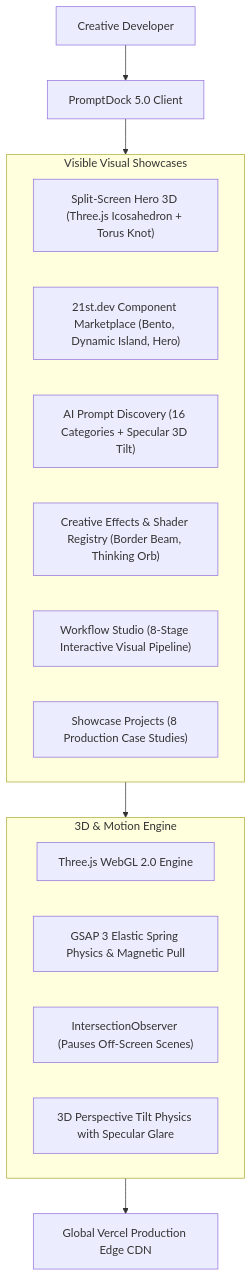
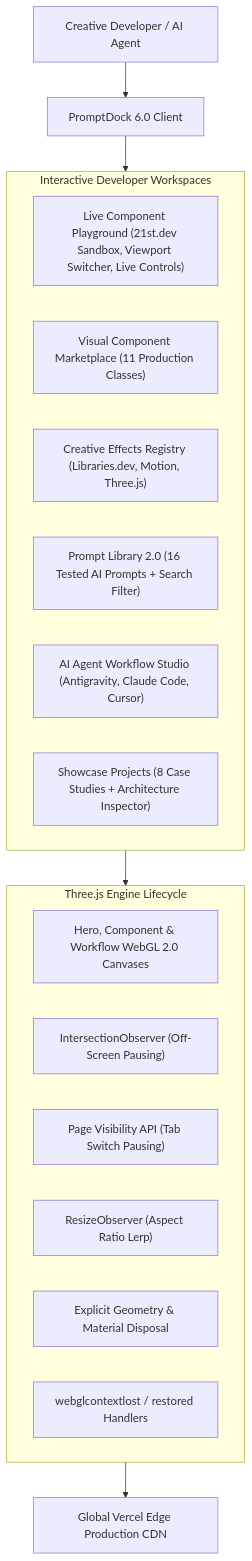
One commit to kalyan870/promptdock changed the diagram in README.md. Above: the diagram before and after it, drawn with Mermaid. The commit also changed other lines of this file and 14 other files, not shown here.

Commit message:
feat(6.0): release PromptDock 6.0 interactive creative developer platform with live component playground, Libraries.dev effects, AI agent workflow, and engine lifecycle

````diff
--- a/README.md
+++ b/README.md
@@ -30,24 +71,26 @@
 ```mermaid
 graph TD
-    User["Creative Developer"] --> Client["PromptDock 5.0 Client"]
+    User["Creative Developer / AI Agent"] --> Client["PromptDock 6.0 Client"]
     
-    subgraph Showcase ["Visible Visual Showcases"]
-      Hero3D["Split-Screen Hero 3D (Three.js Icosahedron + Torus Knot)"]
-      Comp21["21st.dev Component Marketplace (Bento, Dynamic Island, Hero)"]
-      Prompts16["AI Prompt Discovery (16 Categories + Specular 3D Tilt)"]
-      LibFX["Creative Effects & Shader Registry (Border Beam, Thinking Orb)"]
-      WorkFlow["Workflow Studio (8-Stage Interactive Visual Pipeline)"]
-      CaseStudies["Showcase Projects (8 Production Case Studies)"]
+    subgraph Workspaces ["Interactive Developer Workspaces"]
+      Playground["Live Component Playground (21st.dev Sandbox, Viewport Switcher, Live Controls)"]
+      Marketplace["Visual Component Marketplace (11 Production Classes)"]
+      EffectsReg["Creative Effects Registry (Libraries.dev, Motion, Three.js)"]
+      PromptLib["Prompt Library 2.0 (16 Tested AI Prompts + Search Filter)"]
+      AgentWF["AI Agent Workflow Studio (Antigravity, Claude Code, Cursor)"]
+      Showcase["Showcase Projects (8 Case Studies + Architecture Inspector)"]
     end
     
-    subgraph Engine ["3D & Motion Engine"]
-      WebGL2["Three.js WebGL 2.0 Engine"]
-      GSAPMotion["GSAP 3 Elastic Spring Physics & Magnetic Pull"]
-      Intersection["IntersectionObserver (Pauses Off-Screen Scenes)"]
-      TiltEngine["3D Perspective Tilt Physics with Specular Glare"]
+    subgraph LifecycleEngine ["Three.js Engine Lifecycle"]
+      WebGLScenes["Hero, Component & Workflow WebGL 2.0 Canvases"]
+      IO["IntersectionObserver (Off-Screen Pausing)"]
+      VisAPI["Page Visibility API (Tab Switch Pausing)"]
+      ResizeObs["ResizeObserver (Aspect Ratio Lerp)"]
+      GPUClean["Explicit Geometry & Material Disposal"]
+      ContextLoss["webglcontextlost / restored Handlers"]
     end
     
-    Client --> Showcase
-    Showcase --> Engine
-    Engine --> Vercel["Global Vercel Production Edge CDN"]
+    Client --> Workspaces
+    Workspaces --> LifecycleEngine
+    LifecycleEngine --> Vercel["Global Vercel Edge Production CDN"]
 ```
````
